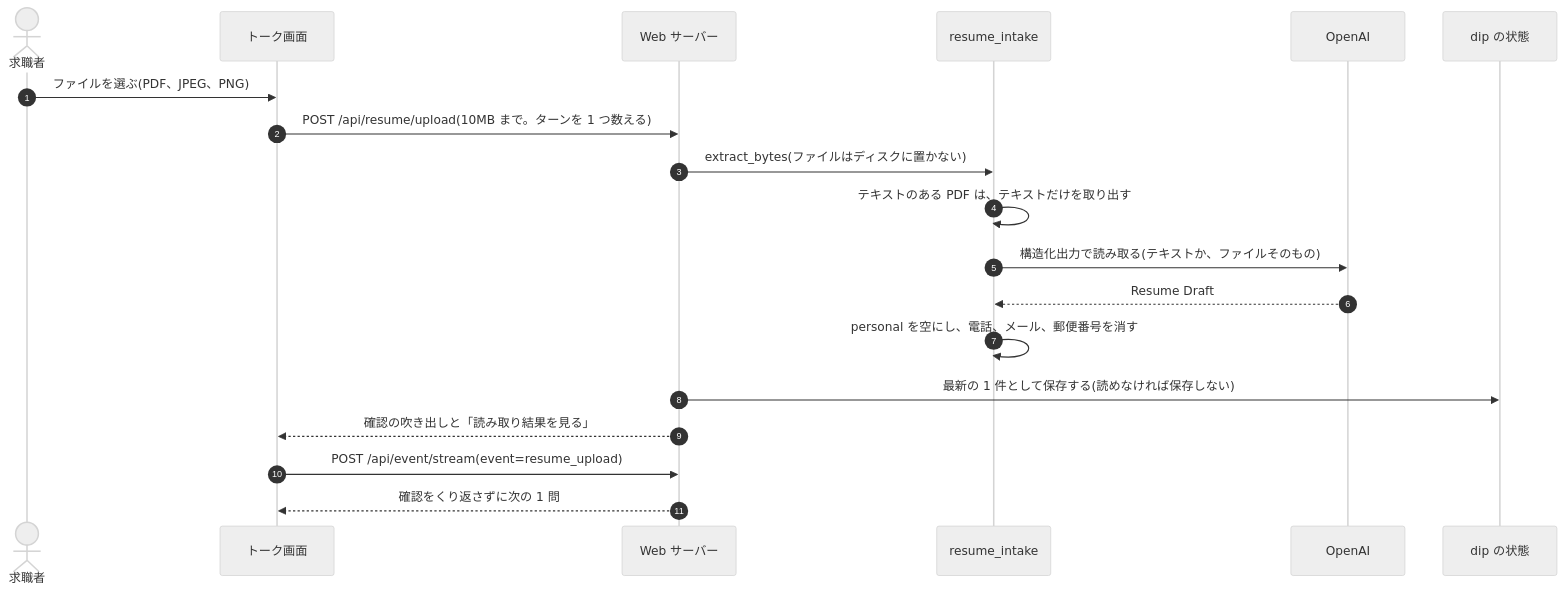
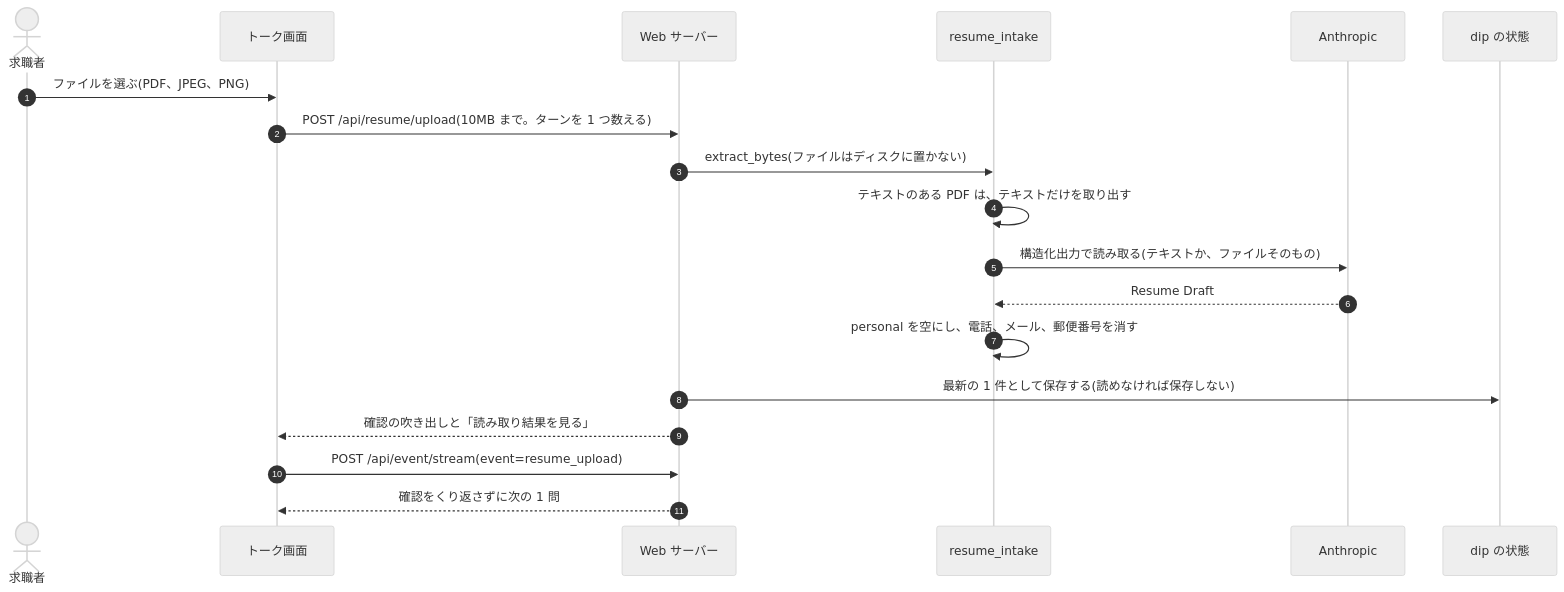
One commit to jyoka/aica changed the fifth of 15 diagrams in docs/architecture/hld.md. Above: the diagram before and after it, drawn with Mermaid (neutral theme). The commit also changed other lines of this file and 38 other files, not shown here.

````diff
--- a/docs/architecture/hld.md
+++ b/docs/architecture/hld.md
@@ -426,22 +432,22 @@
 ```mermaid
 sequenceDiagram
     autonumber
     actor U as 求職者
     participant P as トーク画面
     participant S as Web サーバー
     participant I as resume_intake
-    participant O as OpenAI
+    participant O as Anthropic
     participant D as dip の状態
 
     U->>P: ファイルを選ぶ(PDF、JPEG、PNG)
     P->>S: POST /api/resume/upload(10MB まで。ターンを 1 つ数える)
     S->>I: extract_bytes(ファイルはディスクに置かない)
     I->>I: テキストのある PDF は、テキストだけを取り出す
     I->>O: 構造化出力で読み取る(テキストか、ファイルそのもの)
     O-->>I: Resume Draft
     I->>I: personal を空にし、電話、メール、郵便番号を消す
     S->>D: 最新の 1 件として保存する(読めなければ保存しない)
     S-->>P: 確認の吹き出しと「読み取り結果を見る」
     P->>S: POST /api/event/stream(event=resume_upload)
     S-->>P: 確認をくり返さずに次の 1 問
 ```
````
